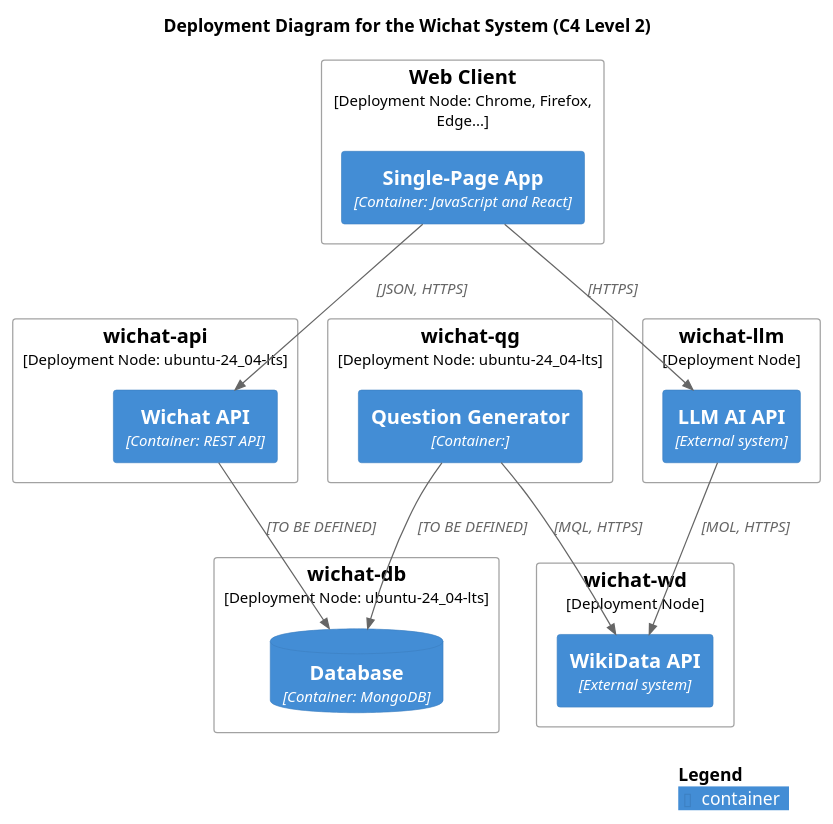
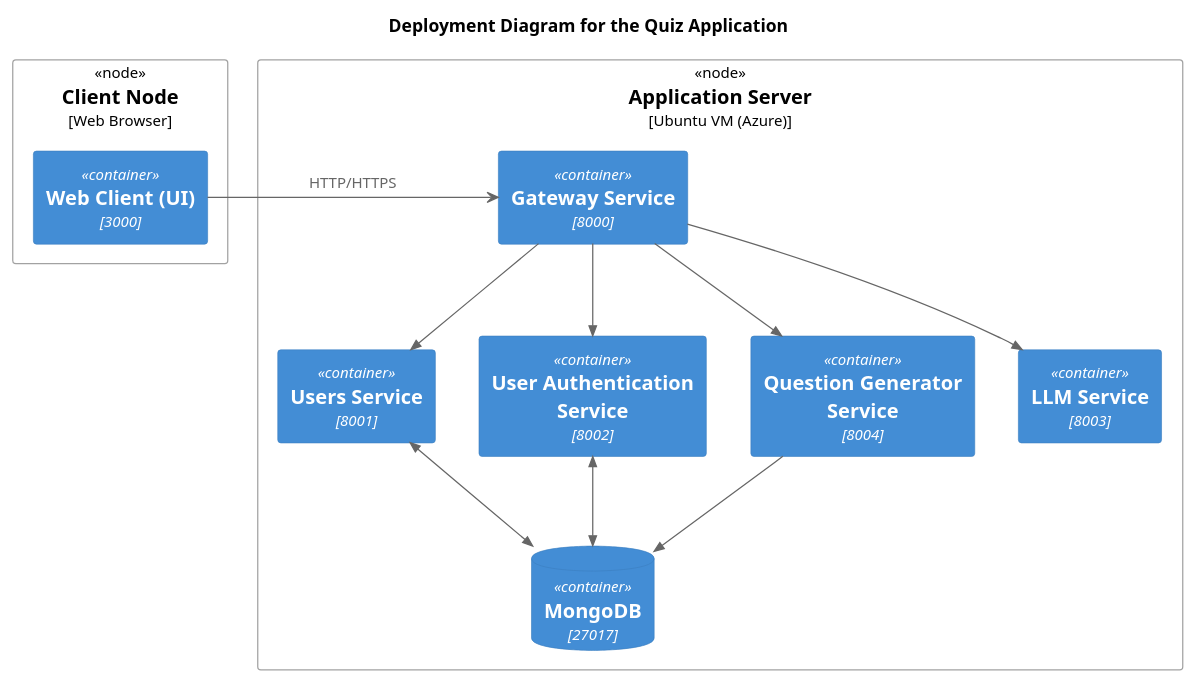
Before and after one commit to Arquisoft/wichat_en1a: the diagram in docs/src/diagrams/C4_deployment_diagram.puml, drawn with PlantUML. The commit also changed 1 other file, not shown here.

Commit message:
Fixing documentation section number 7 (Deployment View)

```diff
--- a/docs/src/diagrams/C4_deployment_diagram.puml
+++ b/docs/src/diagrams/C4_deployment_diagram.puml
@@ -1,42 +1,28 @@
-@startuml
+@startuml C4_Deployment_Diagram
 !include https://raw.githubusercontent.com/plantuml-stdlib/C4-PlantUML/master/C4_Deployment.puml
-!include <c4/C4_Component.puml>
 
-title Deployment Diagram for the Wichat System (C4 Level 2)
+title Deployment Diagram for the Quiz Application
 
-
-Deployment_Node(wb, "Web Client", "Deployment Node: Chrome, Firefox, Edge..."){
-    Container(client, "Single-Page App", "Container: JavaScript and React")
-}
-Deployment_Node(wapi, "wichat-api", "Deployment Node: ubuntu-24_04-lts"){
-    Container(api, "Wichat API", "Container: REST API")
-}
-Deployment_Node(wqg, "wichat-qg", "Deployment Node: ubuntu-24_04-lts"){
-    Container(qg, "Question Generator", "Container:")
-}
-Deployment_Node(wdb, "wichat-db", "Deployment Node: ubuntu-24_04-lts"){
-    ContainerDb(db, "Database", "Container: MongoDB")
-}
-Deployment_Node(wdb, "wichat-db", "Deployment Node: ubuntu-24_04-lts"){
-    ContainerDb(db, "Database", "Container: MongoDB")
-}
-Deployment_Node(wwd, "wichat-wd", "Deployment Node"){
-    Container(wd, "WikiData API", "External system")
-}
-Deployment_Node(wllm, "wichat-llm", "Deployment Node"){
-    Container(llm, "LLM AI API", "External system")
+Deployment_Node(clientNode, "Client Node", "Web Browser") {
+    Container(client, "Web Client (UI)", 3000)
 }
 
+Deployment_Node(serverNode, "Application Server", "Ubuntu VM (Azure)") {
+    Container(gateway, "Gateway Service", 8000)
+    Container(users, "Users Service", 8001)
+    Container(auth, "User Authentication Service", 8002)
+    Container(qg, "Question Generator Service", 8004)
+    Container(llm, "LLM Service", 8003)
+    ContainerDb(db, "MongoDB", 27017)
+}
 
+client -> gateway: HTTP/HTTPS
+Rel(gateway, auth, "")
+Rel(gateway, users, "")
+Rel(gateway, qg, "")
+Rel(gateway, llm, "")
+BiRel(auth, db, "")
+BiRel(users, db, "")
+Rel(qg, db, "")
 
-Rel(client, llm, "", "HTTPS")
-Rel(client, api,"", "JSON, HTTPS")
-Rel(api, db,"", "TO BE DEFINED")
-Rel(qg, db,"", "TO BE DEFINED")
-Rel(qg, wd,"", "MQL, HTTPS")
-Rel(llm, wd,"", "MOL, HTTPS")
-
-
-
-SHOW_LEGEND()
 @enduml
```
